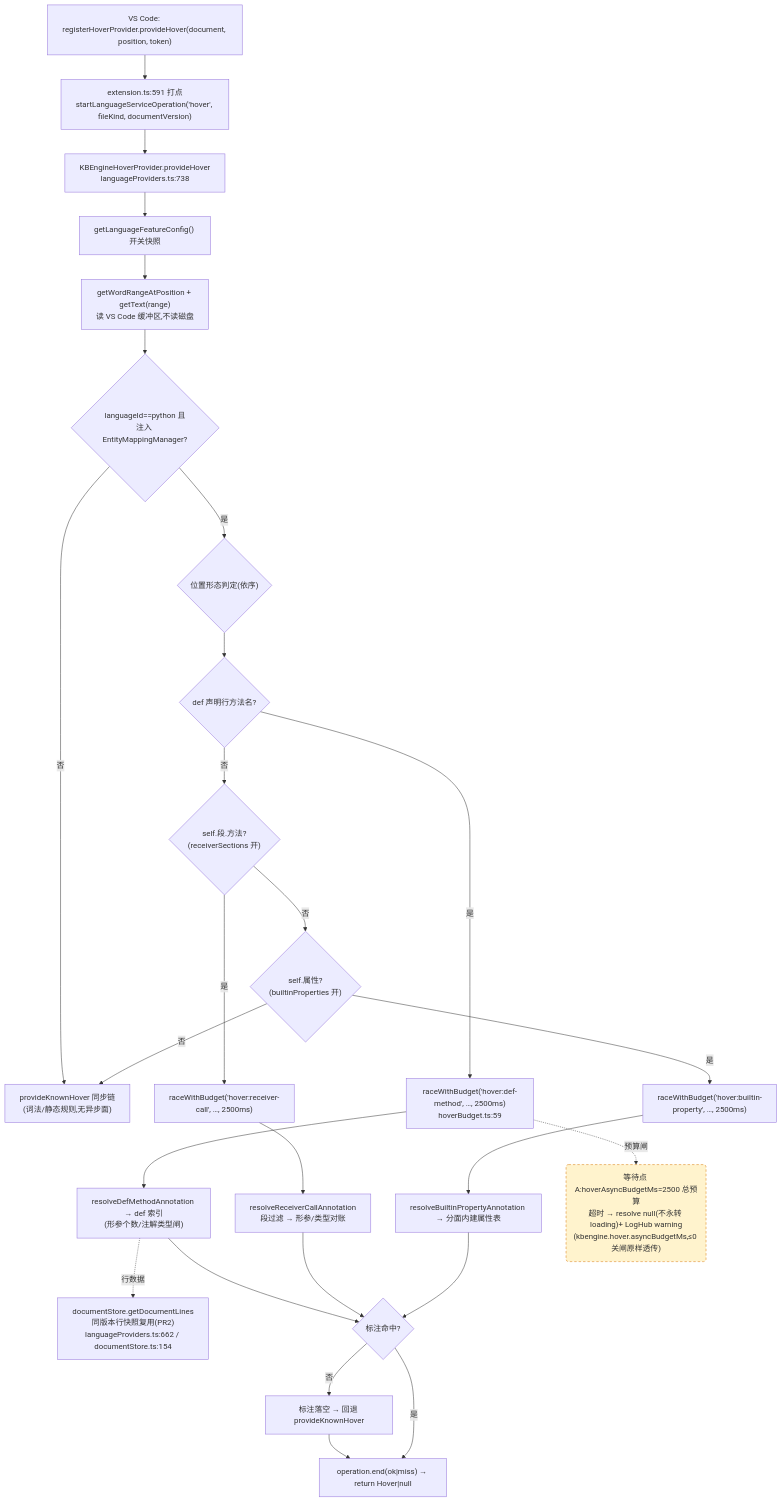
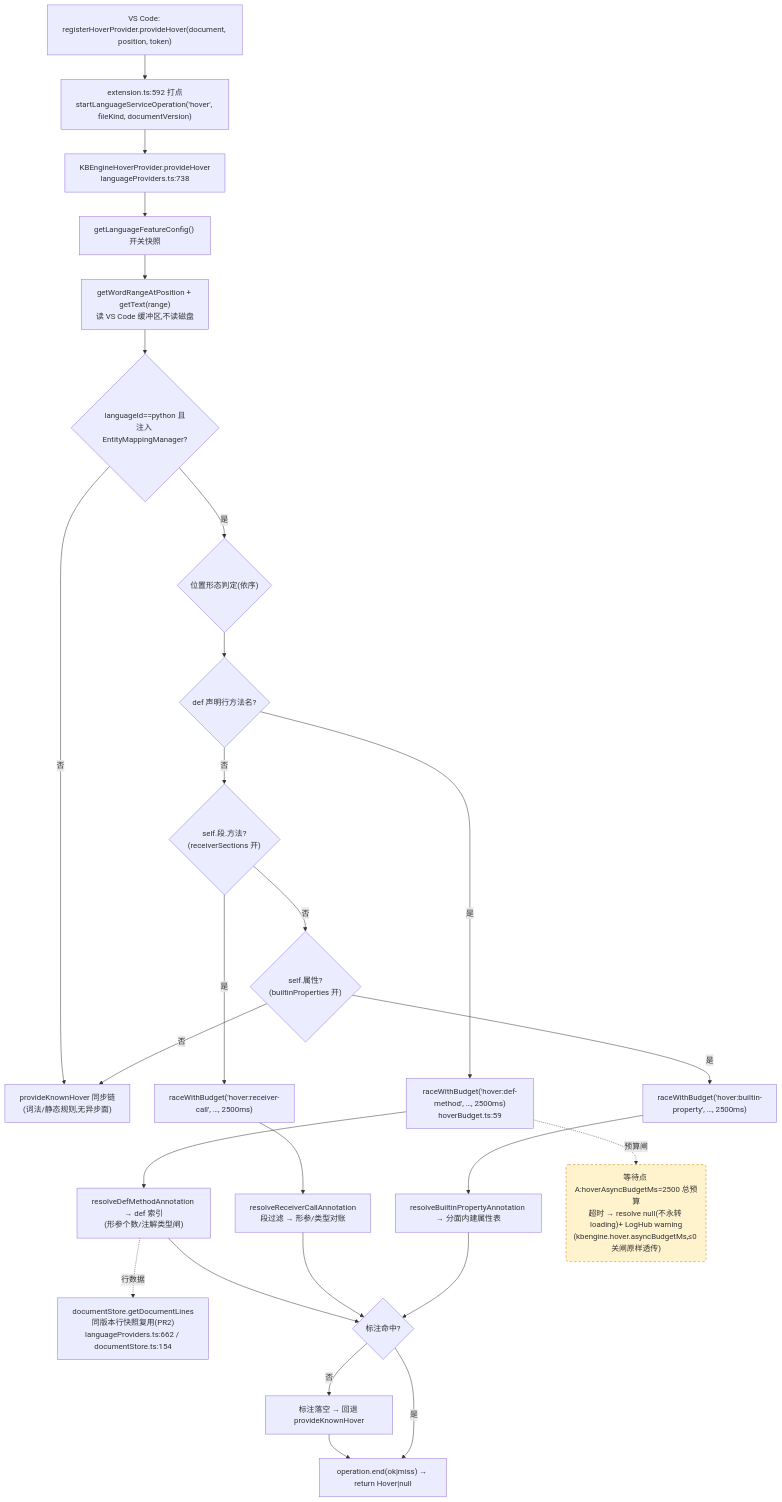
The first of 4 diagrams in docs/perf/2026-baseline.md (cuihairu/kode), drawn with Mermaid before and after one commit. The commit also changed other lines of this file and 9 other files, not shown here.

````diff
--- a/docs/perf/2026-baseline.md
+++ b/docs/perf/2026-baseline.md
@@ -82,45 +82,45 @@
 ```mermaid
 flowchart TD
   VC1["VS Code: registerHoverProvider.provideHover(document, position, token)"]
-  M1["extension.ts:591 打点<br/>startLanguageServiceOperation('hover', fileKind, documentVersion)"]
+  M1["extension.ts:592 打点<br/>startLanguageServiceOperation('hover', fileKind, documentVersion)"]
   HP["KBEngineHoverProvider.provideHover<br/>languageProviders.ts:738"]
   CFG["getLanguageFeatureConfig() 开关快照"]
   WORD["getWordRangeAtPosition + getText(range)<br/>读 VS Code 缓冲区,不读磁盘"]
   BR{"languageId==python 且<br/>注入 EntityMappingManager?"}
   KN["provideKnownHover 同步链<br/>(词法/静态规则,无异步面)"]
   POS{"位置形态判定(依序)"}
   D1{"def 声明行方法名?"}
   D2{"self.段.方法?<br/>(receiverSections 开)"}
   D3{"self.属性?<br/>(builtinProperties 开)"}
   RA1["raceWithBudget('hover:def-method', …, 2500ms)<br/>hoverBudget.ts:59"]
   RA2["raceWithBudget('hover:receiver-call', …, 2500ms)"]
   RA3["raceWithBudget('hover:builtin-property', …, 2500ms)"]
   RS1["resolveDefMethodAnnotation → def 索引<br/>(形参个数/注解类型闸)"]
   RS2["resolveReceiverCallAnnotation<br/>段过滤 → 形参/类型对账"]
   RS3["resolveBuiltinPropertyAnnotation → 分面内建属性表"]
   LINES["documentStore.getDocumentLines<br/>同版本行快照复用(PR2)<br/>languageProviders.ts:662 / documentStore.ts:154"]
   MISS["标注落空 → 回退 provideKnownHover"]
   END1["operation.end(ok|miss) → return Hover|null"]
 
   VC1 --> M1 --> HP --> CFG --> WORD --> BR
   BR -- "否" --> KN
   BR -- "是" --> POS --> D1
   D1 -- "是" --> RA1 --> RS1
   D1 -- "否" --> D2
   D2 -- "是" --> RA2 --> RS2
   D2 -- "否" --> D3
   D3 -- "是" --> RA3 --> RS3
   D3 -- "否" --> KN
   RS1 --> HIT{"标注命中?"}
   RS2 --> HIT
   RS3 --> HIT
   RS1 -.->|行数据| LINES
   HIT -- "否" --> MISS --> END1
   HIT -- "是" --> END1
 
   WAITA("等待点 A:hoverAsyncBudgetMs=2500 总预算<br/>超时 → resolve null(不永转 loading)+ LogHub warning<br/>(kbengine.hover.asyncBudgetMs,≤0 关闸原样透传)")
   RA1 -.->|预算闸| WAITA
 
   classDef waitPoint fill:#fff3cd,stroke:#d97706,stroke-dasharray:5 4;
   class WAITA waitPoint;
 ```
````
